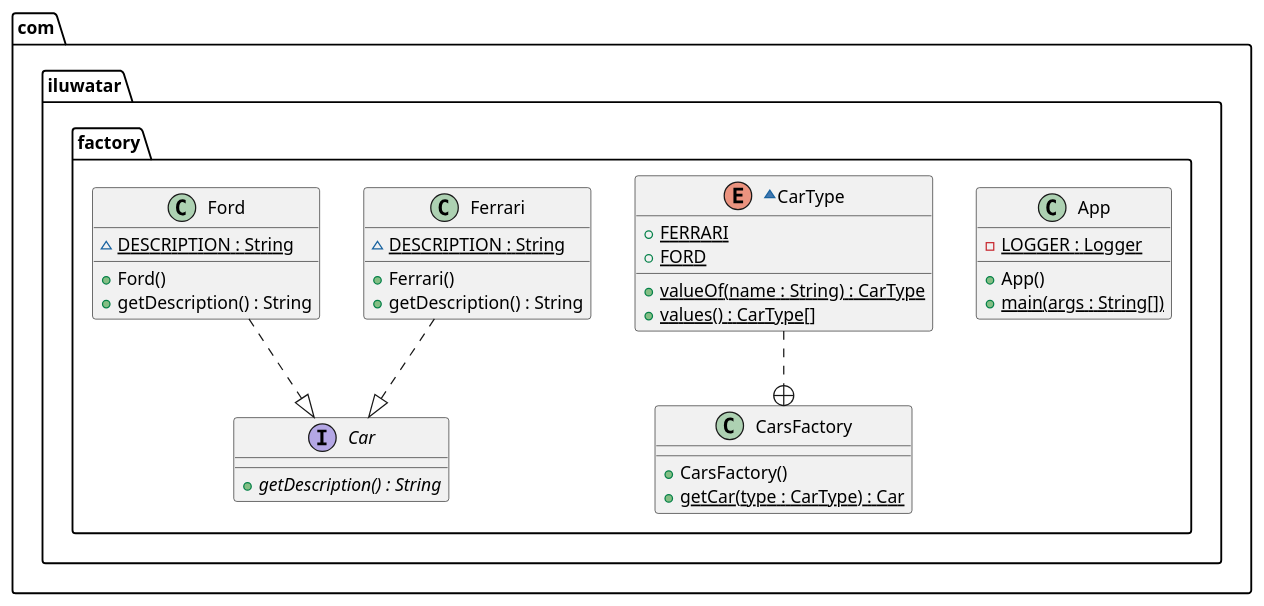
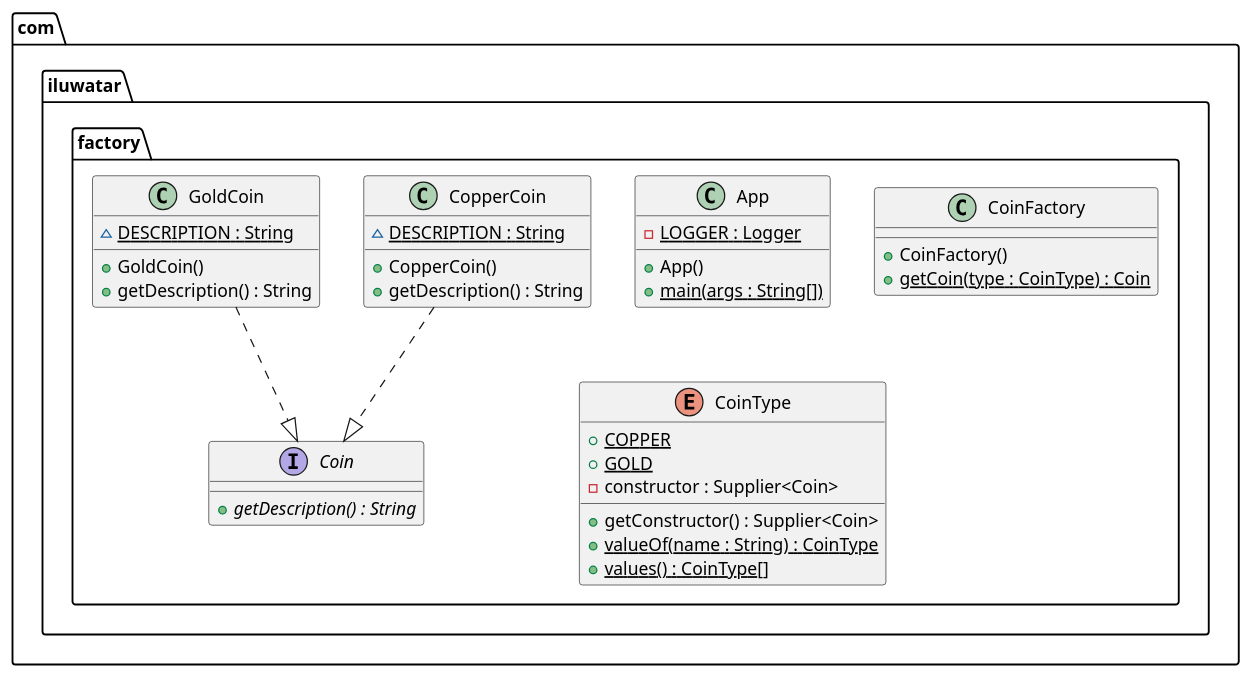
Before and after one commit to NatalieSty/java-design-patterns: the diagram in factory/etc/factory.urm.puml, drawn with PlantUML. The commit also changed 65 other files, not shown here.

```diff
--- a/factory/etc/factory.urm.puml
+++ b/factory/etc/factory.urm.puml
@@ -1,35 +1,36 @@
 @startuml
 package com.iluwatar.factory {
   class App {
     - LOGGER : Logger {static}
     + App()
     + main(args : String[]) {static}
   }
-  interface Car {
+  interface Coin {
     + getDescription() : String {abstract}
   }
-  class CarsFactory {
-    + CarsFactory()
-    + getCar(type : CarType) : Car {static}
+  class CoinFactory {
+    + CoinFactory()
+    + getCoin(type : CoinType) : Coin {static}
   }
-  ~enum CarType {
-    + FERRARI {static}
-    + FORD {static}
-    + valueOf(name : String) : CarType {static}
-    + values() : CarType[] {static}
+  enum CoinType {
+    + COPPER {static}
+    + GOLD {static}
+    - constructor : Supplier<Coin>
+    + getConstructor() : Supplier<Coin>
+    + valueOf(name : String) : CoinType {static}
+    + values() : CoinType[] {static}
   }
-  class Ferrari {
+  class CopperCoin {
     ~ DESCRIPTION : String {static}
-    + Ferrari()
+    + CopperCoin()
     + getDescription() : String
   }
-  class Ford {
+  class GoldCoin {
     ~ DESCRIPTION : String {static}
-    + Ford()
+    + GoldCoin()
     + getDescription() : String
   }
 }
-CarType ..+ CarsFactory
-Ferrari ..|> Car 
-Ford ..|> Car 
+CopperCoin ..|> Coin 
+GoldCoin ..|> Coin 
 @enduml
```
